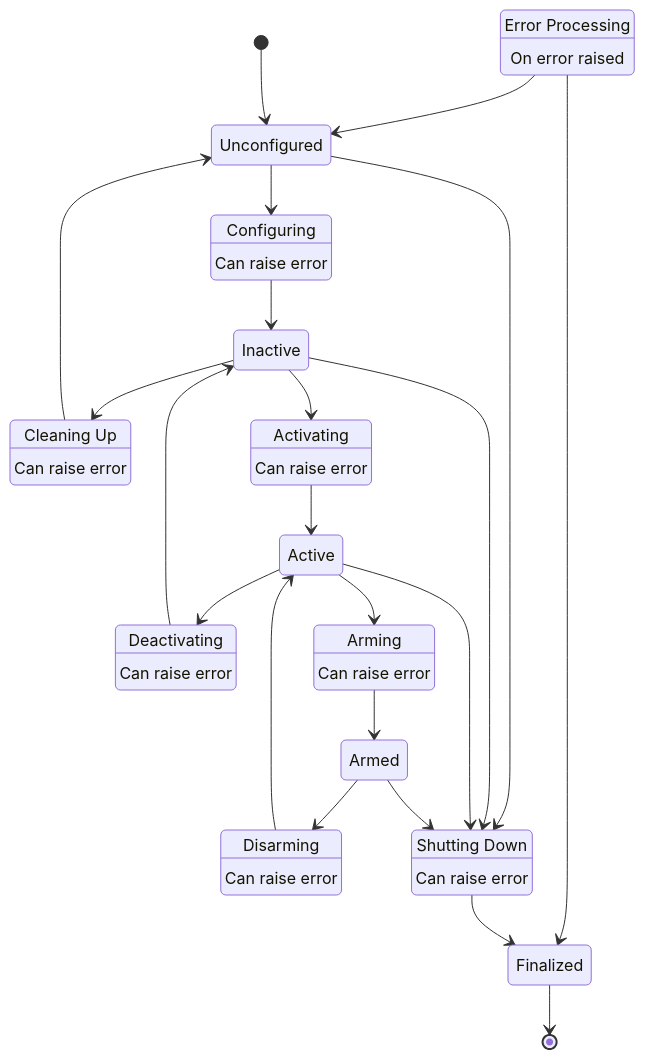
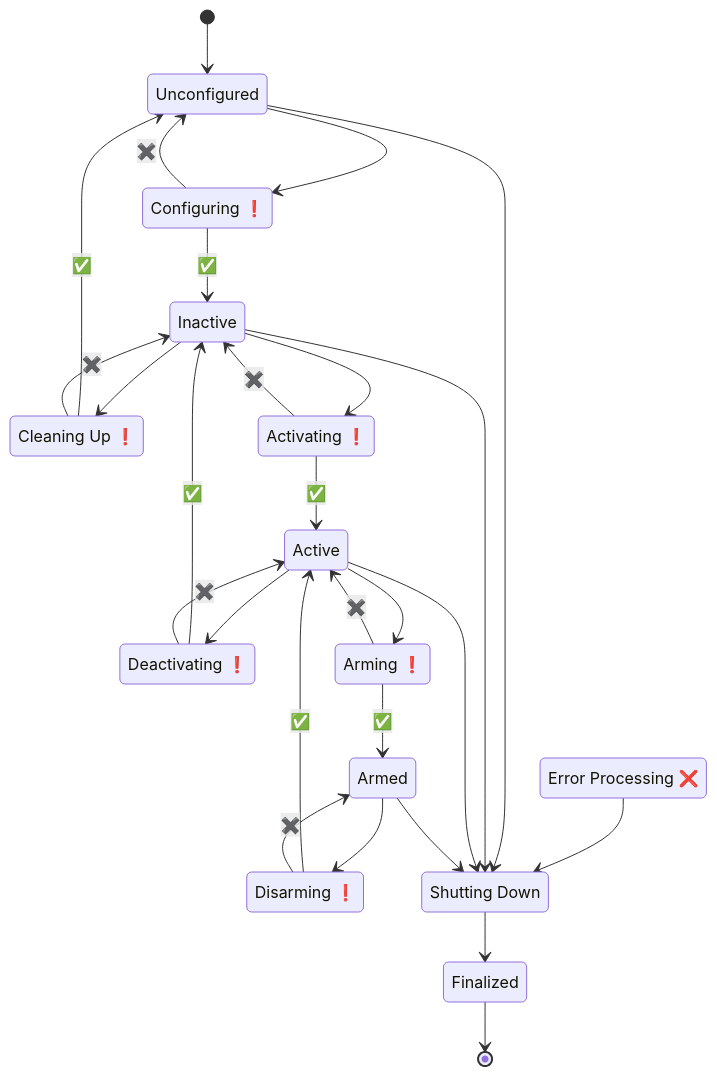
Before and after one commit to tnagyzambo/rCTRL: the diagram in ros2/src/rstate/README.md, drawn with Mermaid. The commit also changed other lines of this file and 29 other files, not shown here.

````diff
--- a/ros2/src/rstate/README.md
+++ b/ros2/src/rstate/README.md
@@ -39,45 +39,46 @@
 ```mermaid
 stateDiagram-v2
-    ErrorProcessing --> Unconfigured
-    ErrorProcessing --> Finalized
+    
 
     [*] --> Unconfigured
     Unconfigured --> Configuring
     Inactive --> CleaningUp
-    Configuring --> Inactive
-    CleaningUp --> Unconfigured
+    Configuring --> Inactive : ✅
+    Configuring --> Unconfigured : ✖️ 
+    CleaningUp --> Unconfigured : ✅
+    CleaningUp --> Inactive : ✖️
 
     Inactive --> Activating
-    Activating --> Active
+    Activating --> Active : ✅
+    Activating --> Inactive : ✖️
     Active --> Deactivating
-    Deactivating --> Inactive
+    Deactivating --> Inactive : ✅
+    Deactivating --> Active : ✖️
 
     Active --> Arming
-    Arming --> Armed
+    Arming --> Armed : ✅
+    Arming --> Active : ✖️
     Armed --> Disarming
-    Disarming --> Active
+    Disarming --> Active : ✅
+    Disarming --> Armed : ✖️
+
+    ErrorProcessing --> ShuttingDown
 
     Unconfigured --> ShuttingDown
     Inactive --> ShuttingDown
     Active --> ShuttingDown
     Armed --> ShuttingDown
     ShuttingDown --> Finalized
     Finalized --> [*]
 
-    state "Error Processing" as ErrorProcessing
-    state "On error raised" as ErrorProcessing
-    state "Configuring" as Configuring
-    state "Can raise error" as Configuring
-    state "Cleaning Up" as CleaningUp
-    state "Can raise error" as CleaningUp
-    state "Activating" as Activating
-    state "Can raise error" as Activating
-    state "Deactivating" as Deactivating
-    state "Can raise error" as Deactivating
-    state "Arming" as Arming
-    state "Can raise error" as Arming
-    state "Disarming" as Disarming
-    state "Can raise error" as Disarming
+
+    state "Error Processing ❌" as ErrorProcessing
+
+    state "Configuring ❗" as Configuring
+    state "Cleaning Up ❗" as CleaningUp
+    state "Activating ❗" as Activating
+    state "Deactivating ❗" as Deactivating
+    state "Arming ❗" as Arming
+    state "Disarming ❗" as Disarming
     state "Shutting Down" as ShuttingDown
-    state "Can raise error" as ShuttingDown
 ```
````
